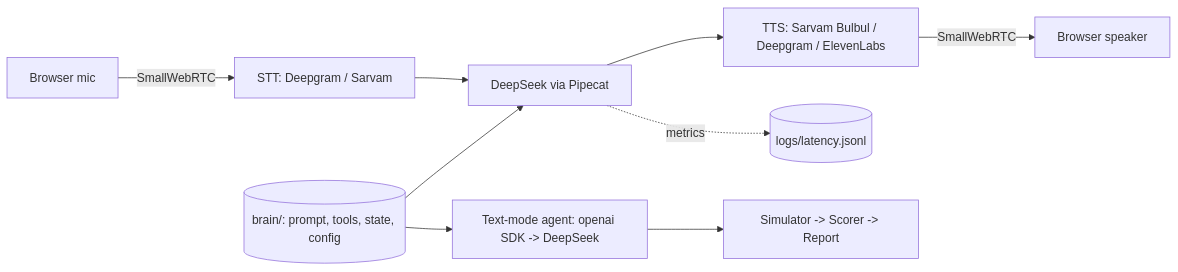
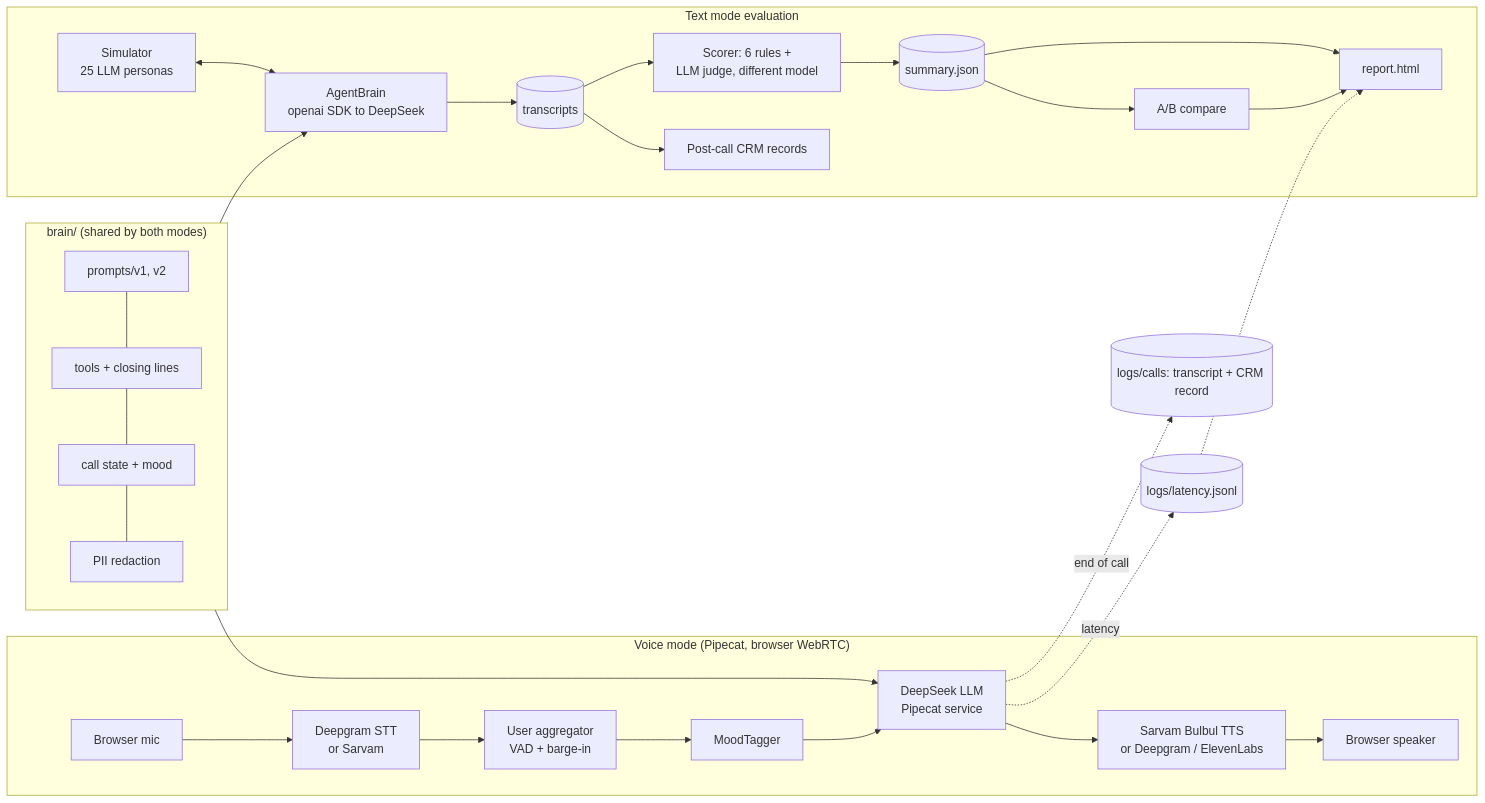
One commit to pragna2334-design/arrowhead-project changed the diagram in README.md. Above: the diagram before and after it, drawn with Mermaid. The commit also changed other lines of this file and 1 other file, not shown here.

First line of the commit message:
Rewrite README (problem framing, architecture, evaluation, limitations) and consolidate DECISIONS.md

````diff
--- a/README.md
+++ b/README.md
@@ -12,11 +25,33 @@
 ```mermaid
 flowchart LR
-    Mic[Browser mic] -->|SmallWebRTC| STT[STT: Deepgram / Sarvam]
-    STT --> LLM[DeepSeek via Pipecat]
-    LLM --> TTS[TTS: Sarvam Bulbul / Deepgram / ElevenLabs]
-    TTS -->|SmallWebRTC| Spk[Browser speaker]
-    Brain[(brain/: prompt, tools, state, config)] --> LLM
-    Brain --> Sim[Text-mode agent: openai SDK -> DeepSeek]
-    Sim --> Eval[Simulator -> Scorer -> Report]
-    LLM -.metrics.-> Lat[(logs/latency.jsonl)]
+    subgraph Voice["Voice mode (Pipecat, browser WebRTC)"]
+        Mic[Browser mic] --> STT[Deepgram STT<br/>or Sarvam]
+        STT --> UA[User aggregator<br/>VAD + barge-in]
+        UA --> Mood[MoodTagger]
+        Mood --> LLM[DeepSeek LLM<br/>Pipecat service]
+        LLM --> TTS[Sarvam Bulbul TTS<br/>or Deepgram / ElevenLabs]
+        TTS --> Spk[Browser speaker]
+    end
+
+    subgraph Brain["brain/ (shared by both modes)"]
+        P[prompts/v1, v2] --- T[tools + closing lines]
+        T --- S[call state + mood]
+        S --- R[PII redaction]
+    end
+
+    subgraph Eval["Text mode evaluation"]
+        Sim[Simulator<br/>25 LLM personas] <--> AB[AgentBrain<br/>openai SDK to DeepSeek]
+        AB --> TR[(transcripts)]
+        TR --> PC[Post-call CRM records]
+        TR --> SC[Scorer: 6 rules +<br/>LLM judge, different model]
+        SC --> SUM[(summary.json)]
+        SUM --> CMP[A/B compare]
+        SUM --> REP[report.html]
+        CMP --> REP
+    end
+
+    Brain --> LLM
+    Brain --> AB
+    LLM -.latency.-> LAT[(logs/latency.jsonl)] -.-> REP
+    LLM -.end of call.-> VC[(logs/calls: transcript + CRM record)]
 ```
````
